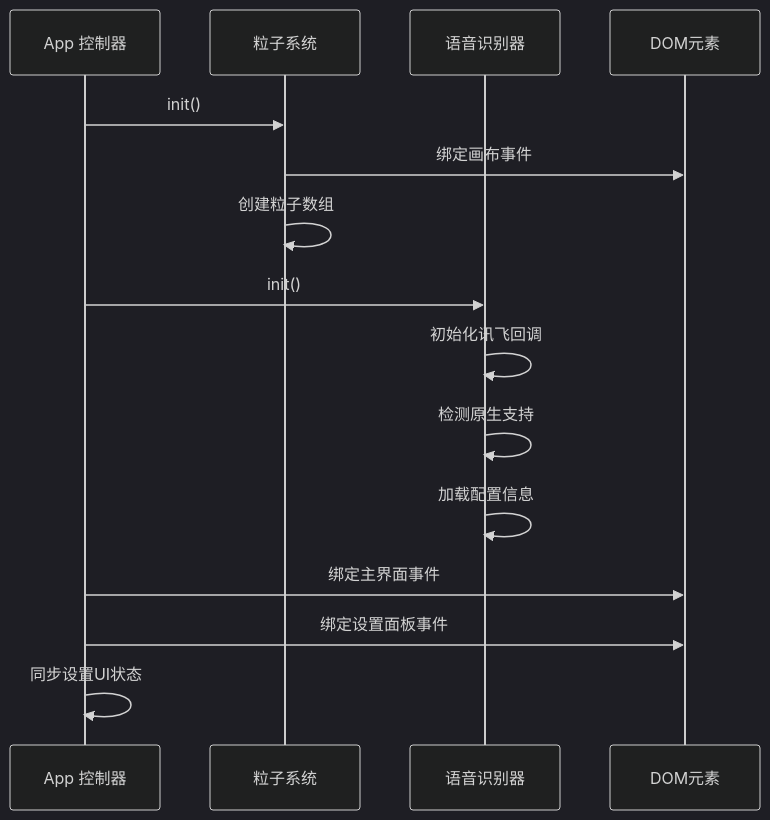
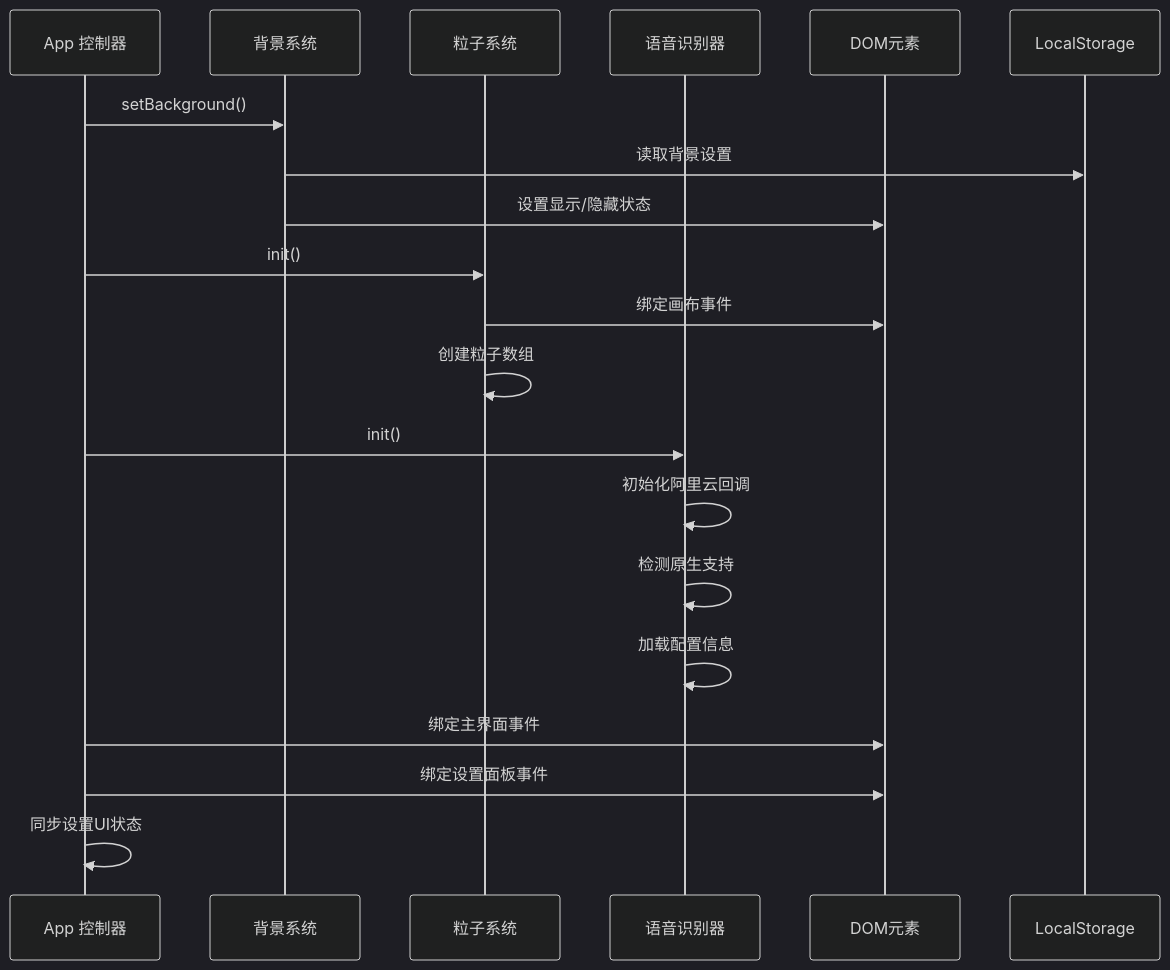
The fourth of 9 diagrams in .qoder/repowiki/zh/content/API参考文档/App 控制器 API.md (db300/MySpeechRecognition), drawn with Mermaid (dark theme) before and after one commit. The commit also changed other lines of this file and 24 other files, not shown here.

````diff
--- a/.qoder/repowiki/zh/content/API参考文档/App 控制器 API.md
+++ b/.qoder/repowiki/zh/content/API参考文档/App 控制器 API.md
@@ -216,17 +231,21 @@
 ```mermaid
 sequenceDiagram
 participant App as App 控制器
+participant Background as 背景系统
 participant Particles as 粒子系统
 participant Speech as 语音识别器
 participant DOM as DOM元素
+App->>Background : setBackground()
+Background->>LocalStorage : 读取背景设置
+Background->>DOM : 设置显示/隐藏状态
 App->>Particles : init()
 Particles->>DOM : 绑定画布事件
 Particles->>Particles : 创建粒子数组
 App->>Speech : init()
-Speech->>Speech : 初始化讯飞回调
+Speech->>Speech : 初始化阿里云回调
 Speech->>Speech : 检测原生支持
 Speech->>Speech : 加载配置信息
 App->>DOM : 绑定主界面事件
 App->>DOM : 绑定设置面板事件
 App->>App : 同步设置UI状态
 ```
````
